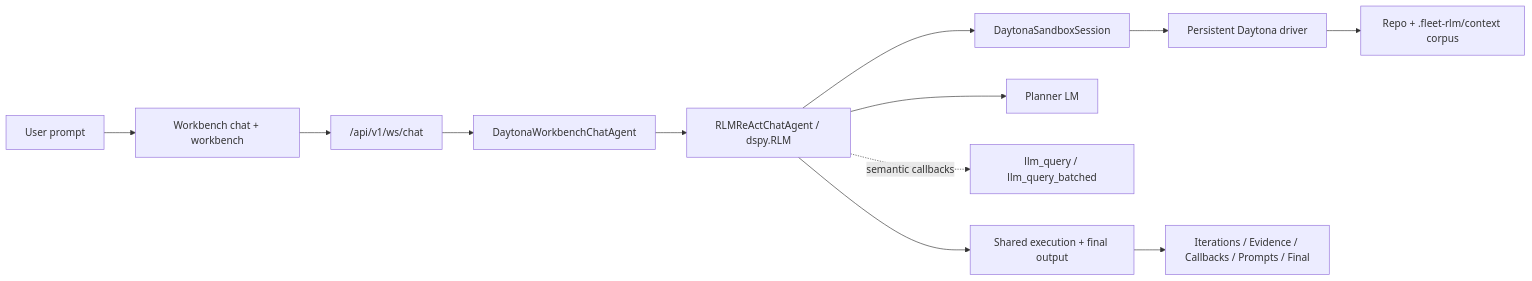
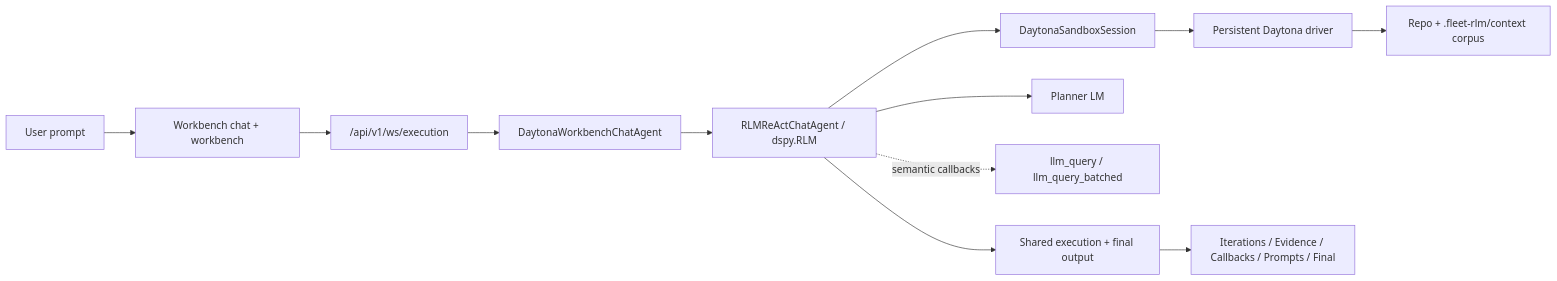
The second of 6 diagrams in docs/architecture.md (Qredence/fleet-rlm), drawn with Mermaid before and after one commit. The commit also changed other lines of this file and 207 other files, not shown here.

````diff
--- a/docs/architecture.md
+++ b/docs/architecture.md
@@ -271,14 +270,14 @@
 ```mermaid
 flowchart LR
     User["User prompt"] --> Workspace["Workbench chat + workbench"]
-    Workspace --> WS["/api/v1/ws/chat"]
+    Workspace --> WS["/api/v1/ws/execution"]
     WS --> Agent["DaytonaWorkbenchChatAgent"]
     Agent --> Shared["RLMReActChatAgent / dspy.RLM"]
     Shared --> Session["DaytonaSandboxSession"]
     Shared --> Planner["Planner LM"]
     Shared -. semantic callbacks .-> Delegate["llm_query / llm_query_batched"]
     Session --> Driver["Persistent Daytona driver"]
     Driver --> Corpus["Repo + .fleet-rlm/context corpus"]
     Shared --> Result["Shared execution + final output"]
     Result --> Tabs["Iterations / Evidence / Callbacks / Prompts / Final"]
 ```
````
